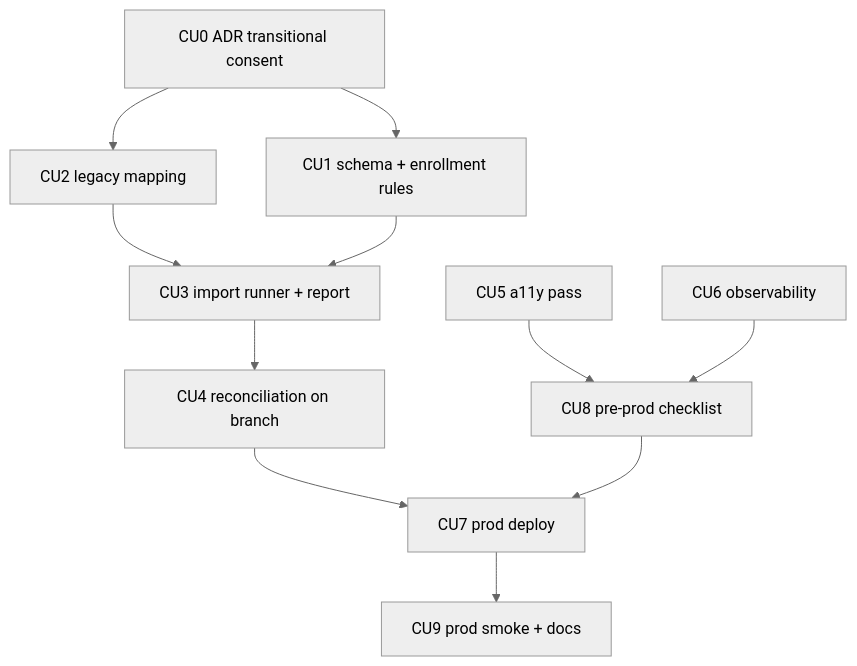
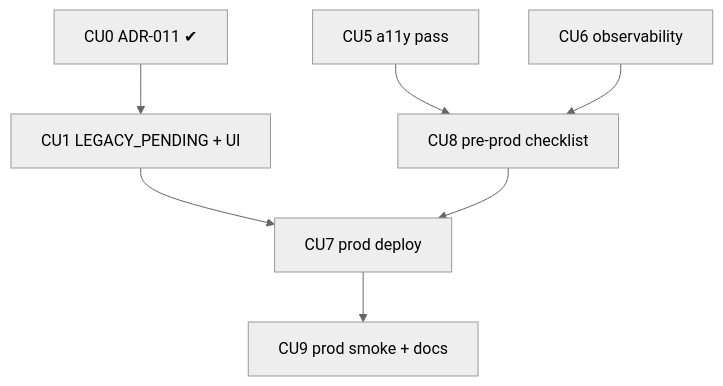
One commit to stallev/sun_school_pstgre changed the diagram in docs/implementation/mvp/phases_tasks_descriptions/P07_phase_description.md. Above: the diagram before and after it, drawn with Mermaid (neutral theme). The commit also changed other lines of this file and 4 other files, not shown here.

````diff
--- a/docs/implementation/mvp/phases_tasks_descriptions/P07_phase_description.md
+++ b/docs/implementation/mvp/phases_tasks_descriptions/P07_phase_description.md
@@ -88,13 +108,9 @@
 ```mermaid
 flowchart TD
-  A[CU0 ADR transitional consent] --> B[CU1 schema + enrollment rules]
-  A --> C[CU2 legacy mapping]
-  C --> D[CU3 import runner + report]
-  B --> D
-  D --> E[CU4 reconciliation on branch]
+  A[CU0 ADR-011 ✔] --> B[CU1 LEGACY_PENDING + UI]
   F[CU5 a11y pass] --> I
   G[CU6 observability] --> I
-  E --> H[CU7 prod deploy]
+  B --> H[CU7 prod deploy]
   I[CU8 pre-prod checklist] --> H
   H --> J[CU9 prod smoke + docs]
 ```
````
